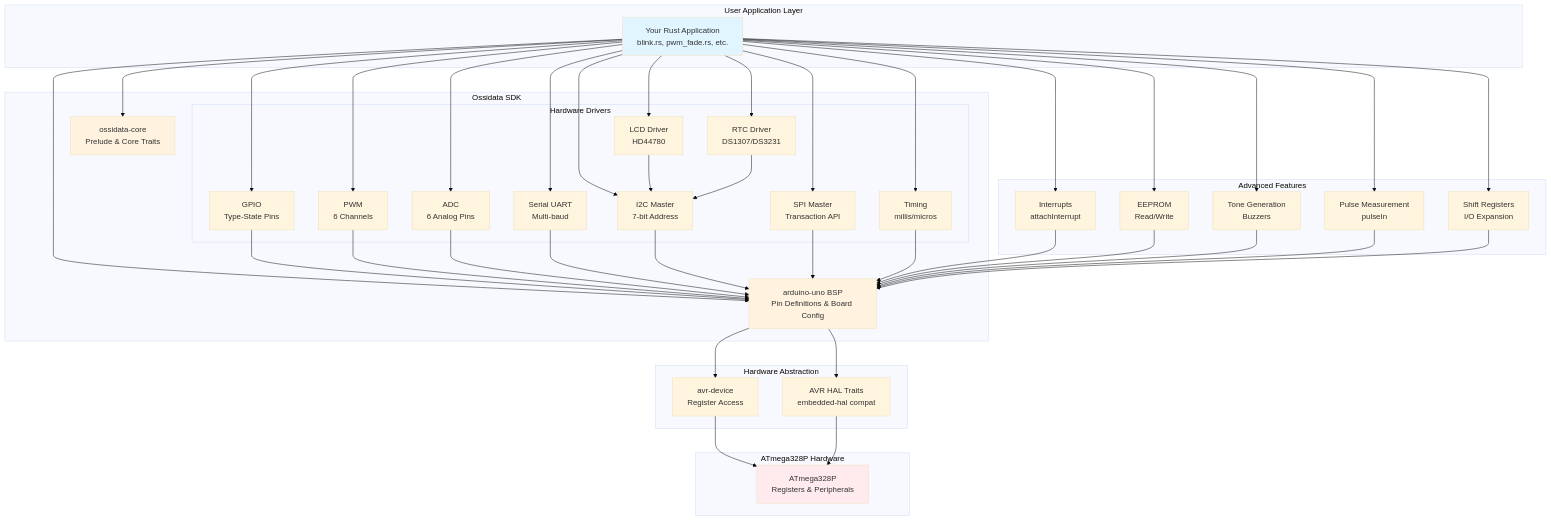
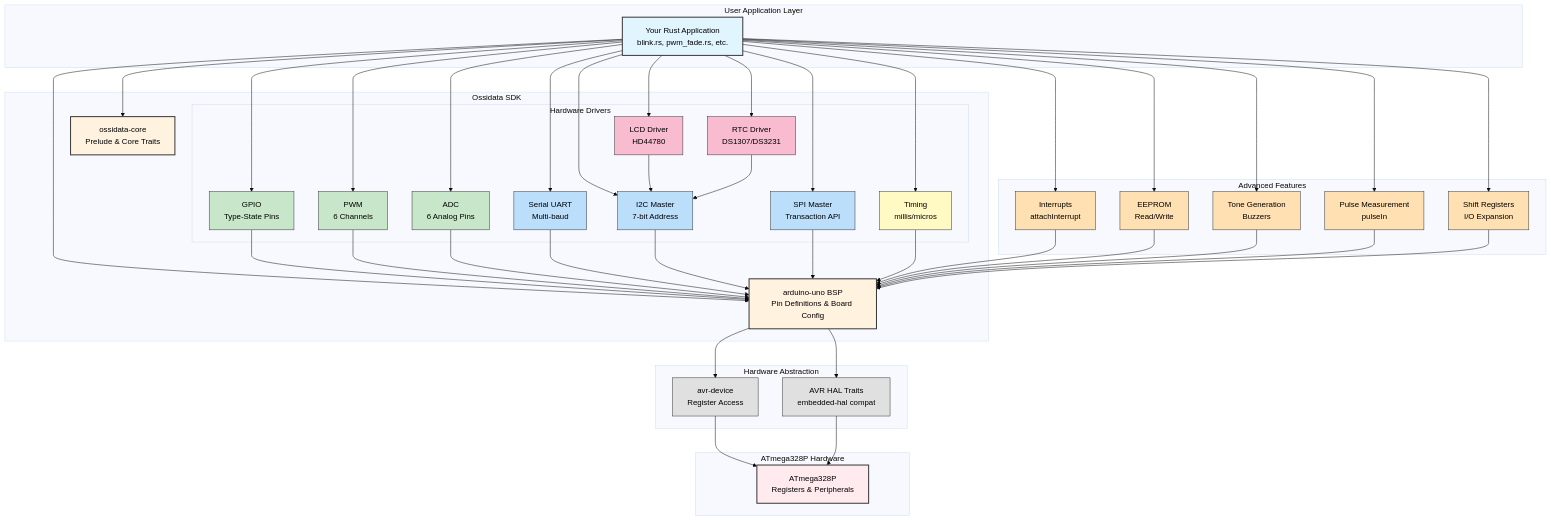
The second of 3 diagrams in README.md (ScopeCreep-zip/ossidata), drawn with Mermaid (base theme) before and after one commit. The commit also changed other lines of this file and 4 other files, not shown here.

Commit message:
Update to mermaid diagrams to be more readable

````diff
--- a/README.md
+++ b/README.md
@@ -493,8 +511,24 @@
     AVR --> MCU
     HAL --> MCU
 
-    style APP fill:#e1f5ff
-    style CORE fill:#fff3e0
-    style UNO fill:#fff3e0
-    style MCU fill:#ffebee
+    style APP fill:#e1f5ff,stroke:#333,stroke-width:2px,color:#000
+    style CORE fill:#fff3e0,stroke:#333,stroke-width:2px,color:#000
+    style UNO fill:#fff3e0,stroke:#333,stroke-width:2px,color:#000
+    style MCU fill:#ffebee,stroke:#333,stroke-width:2px,color:#000
+    style GPIO fill:#c8e6c9,stroke:#333,stroke-width:1px,color:#000
+    style PWM fill:#c8e6c9,stroke:#333,stroke-width:1px,color:#000
+    style ADC fill:#c8e6c9,stroke:#333,stroke-width:1px,color:#000
+    style SERIAL fill:#bbdefb,stroke:#333,stroke-width:1px,color:#000
+    style I2C fill:#bbdefb,stroke:#333,stroke-width:1px,color:#000
+    style SPI fill:#bbdefb,stroke:#333,stroke-width:1px,color:#000
+    style LCD fill:#f8bbd0,stroke:#333,stroke-width:1px,color:#000
+    style RTC fill:#f8bbd0,stroke:#333,stroke-width:1px,color:#000
+    style TIME fill:#fff9c4,stroke:#333,stroke-width:1px,color:#000
+    style INT fill:#ffe0b2,stroke:#333,stroke-width:1px,color:#000
+    style EEPROM fill:#ffe0b2,stroke:#333,stroke-width:1px,color:#000
+    style TONE fill:#ffe0b2,stroke:#333,stroke-width:1px,color:#000
+    style PULSE fill:#ffe0b2,stroke:#333,stroke-width:1px,color:#000
+    style SHIFT fill:#ffe0b2,stroke:#333,stroke-width:1px,color:#000
+    style AVR fill:#e0e0e0,stroke:#333,stroke-width:1px,color:#000
+    style HAL fill:#e0e0e0,stroke:#333,stroke-width:1px,color:#000
 ```
````
